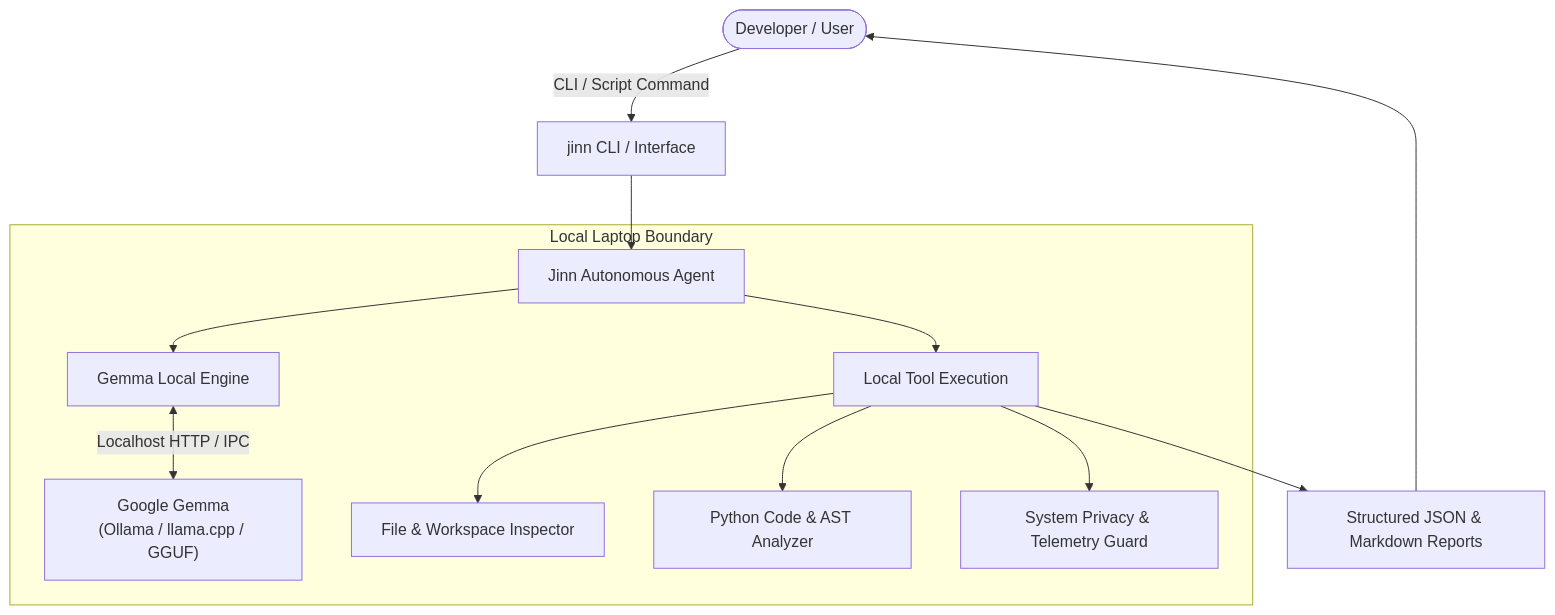
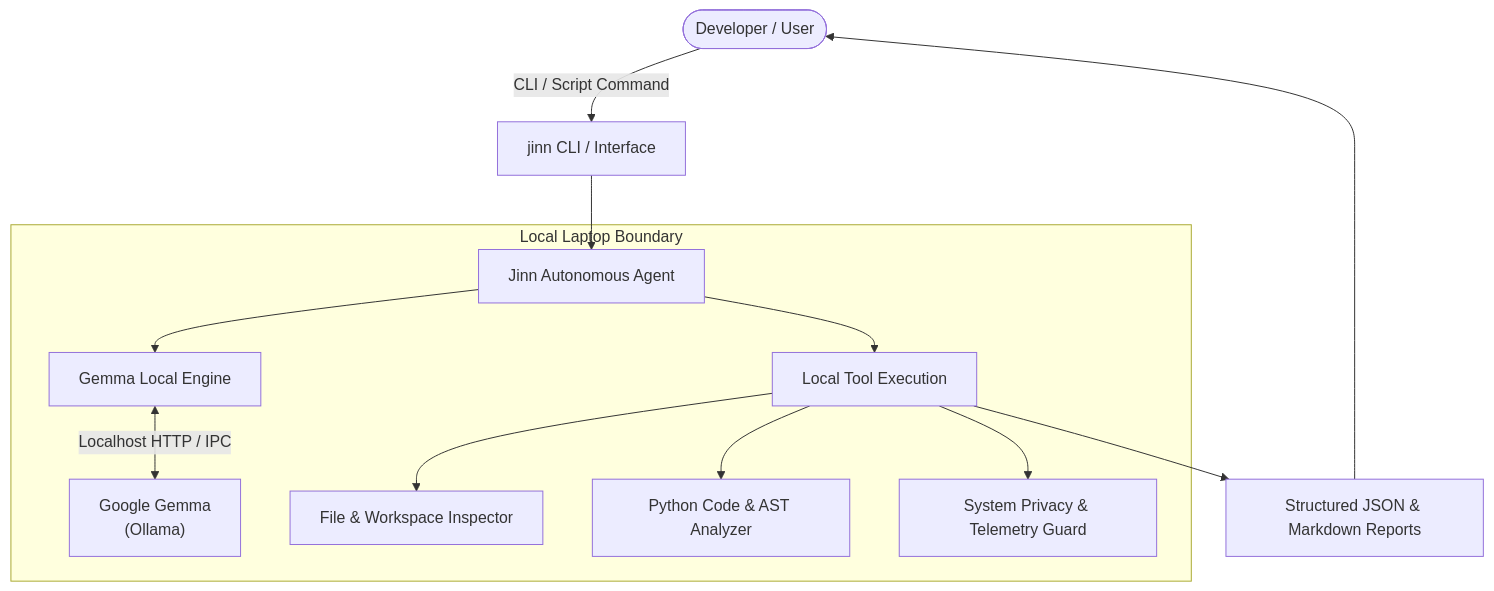
Before and after one commit to DikshantJangra/Jinn: the diagram in README.md, drawn with Mermaid. The commit also changed other lines of this file and 9 other files, not shown here.

Commit message:
Remove non-Gemma backend references; Gemma via Ollama only

````diff
--- a/README.md
+++ b/README.md
@@ -43,18 +43,18 @@
 ```mermaid
 flowchart TD
     User(["Developer / User"]) -->|CLI / Script Command| CLI["jinn CLI / Interface"]
     CLI --> Agent["Jinn Autonomous Agent"]
     
     subgraph "Local Laptop Boundary"
         Agent --> Engine["Gemma Local Engine"]
-        Engine <-->|Localhost HTTP / IPC| Gemma["Google Gemma\n(Ollama / llama.cpp / GGUF)"]
+        Engine <-->|Localhost HTTP / IPC| Gemma["Google Gemma\n(Ollama)"]
         
         Agent --> Tools["Local Tool Execution"]
         Tools --> FInspect["File & Workspace Inspector"]
         Tools --> CAnalyze["Python Code & AST Analyzer"]
         Tools --> Telemetry["System Privacy & Telemetry Guard"]
     end
     
     Tools --> Outputs["Structured JSON & Markdown Reports"]
     Outputs --> User
 ```
````
